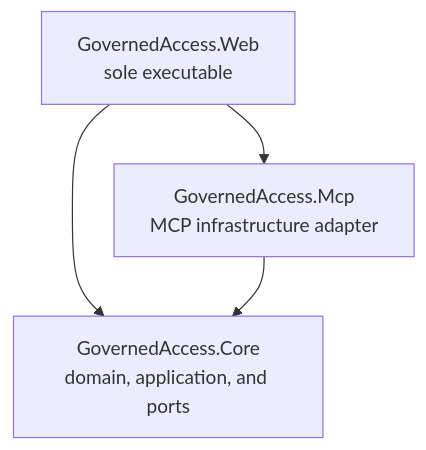
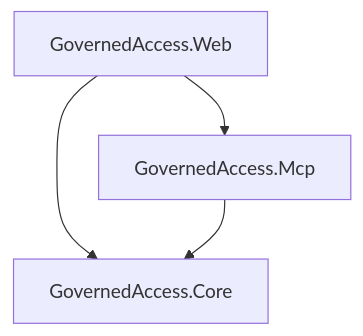
The second of 4 diagrams in docs/architecture.md (mariusz-kacz/production-access-request-assistant), drawn with Mermaid before and after one commit. The commit also changed other lines of this file and 43 other files, not shown here.

````diff
--- a/docs/architecture.md
+++ b/docs/architecture.md
@@ -118,10 +64,10 @@
 ```mermaid
 flowchart TB
-    Web[GovernedAccess.Web<br/>sole executable]
-    Mcp[GovernedAccess.Mcp<br/>MCP infrastructure adapter]
-    Core[GovernedAccess.Core<br/>domain, application, and ports]
+    Web[GovernedAccess.Web]
+    Mcp[GovernedAccess.Mcp]
+    Core[GovernedAccess.Core]
 
     Web --> Core
     Web --> Mcp
     Mcp --> Core
 ```
````
